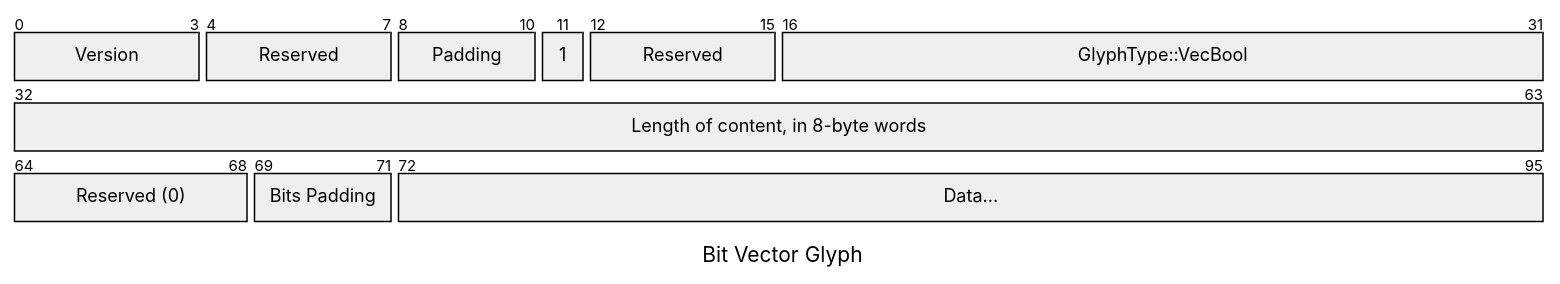
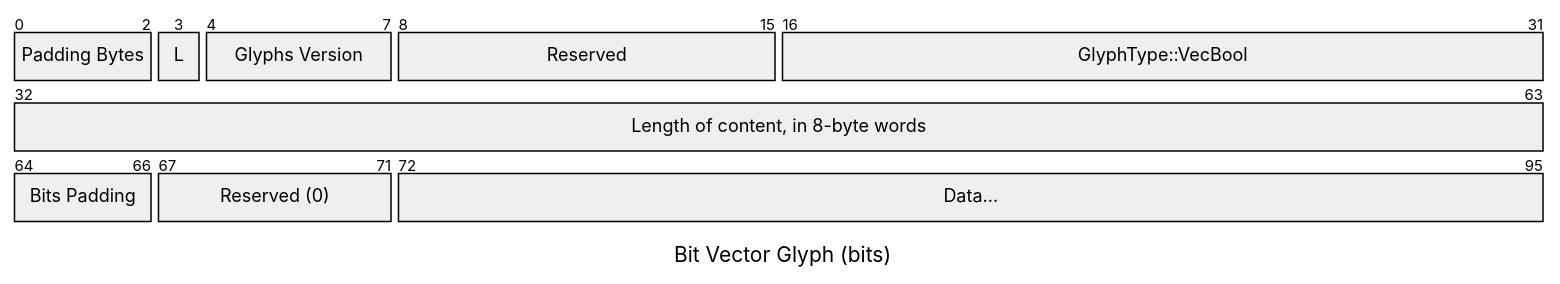
One commit to elara-themica/glifs-contributor-guide changed the fourth of 15 diagrams in src/binary_formats.md. Above: the diagram before and after it, drawn with Mermaid (neutral theme). The commit also changed other lines of this file, not shown here.

````diff
--- a/src/binary_formats.md
+++ b/src/binary_formats.md
@@ -115,16 +112,15 @@
 ```mermaid
 ---
-title: "Bit Vector Glyph"
+title: "Bit Vector Glyph (bits)"
 ---
 packet-beta
-0-3: "Version"
-4-7: "Reserved"
-8-10: "Padding"
-11: "1"
-12-15: "Reserved"
+0-2: "Padding Bytes"
+3: "L"
+4-7: "Glyphs Version"
+8-15: "Reserved"
 16-31: "GlyphType::VecBool"
 32-63: "Length of content, in 8-byte words"
-64-68: "Reserved (0)"
-69-71: "Bits Padding"
+64-66: "Bits Padding"
+67-71: "Reserved (0)"
 72-95: "Data..."
 ```
````
